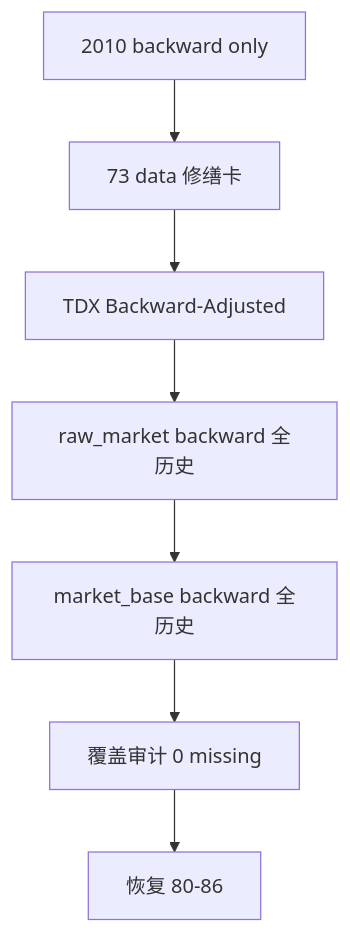
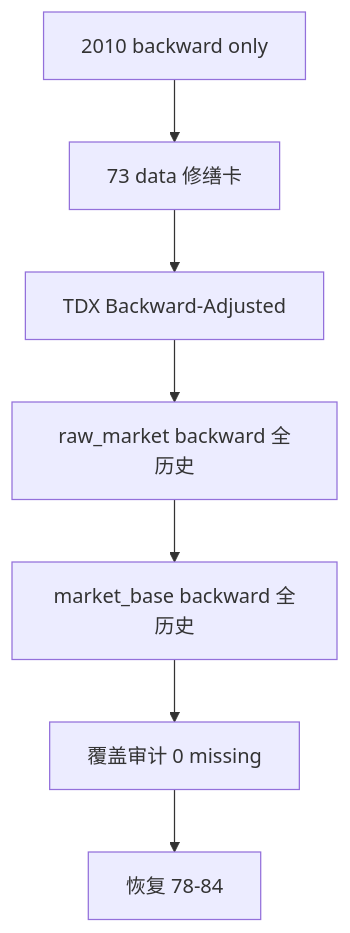
The diagram in docs/03-execution/73-market-base-backward-full-history-backfill-card-20260416.md (everything-is-simple/lifespan-0.01), drawn with Mermaid before and after one commit. The commit also changed other lines of this file and 86 other files, not shown here.

````diff
--- a/docs/03-execution/73-market-base-backward-full-history-backfill-card-20260416.md
+++ b/docs/03-execution/73-market-base-backward-full-history-backfill-card-20260416.md
@@ -71,9 +71,9 @@
 ```mermaid
 flowchart TD
     A["2010 backward only"] --> B["73 data 修缮卡"]
     B --> C["TDX Backward-Adjusted"]
     C --> D["raw_market backward 全历史"]
     D --> E["market_base backward 全历史"]
     E --> F["覆盖审计 0 missing"]
-    F --> G["恢复 80-86"]
+    F --> G["恢复 78-84"]
 ```
````
